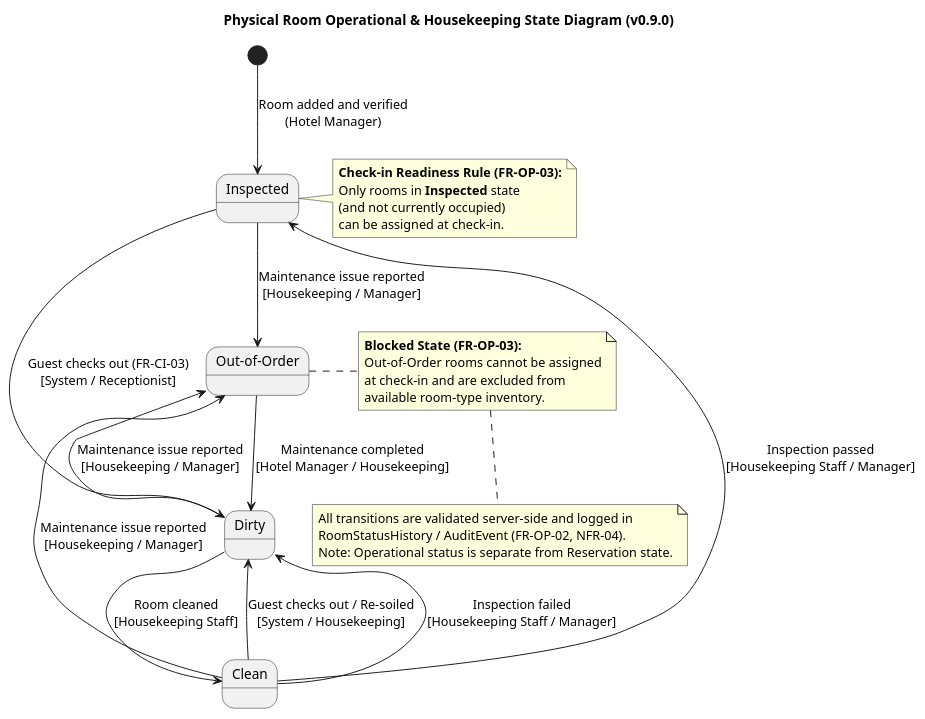
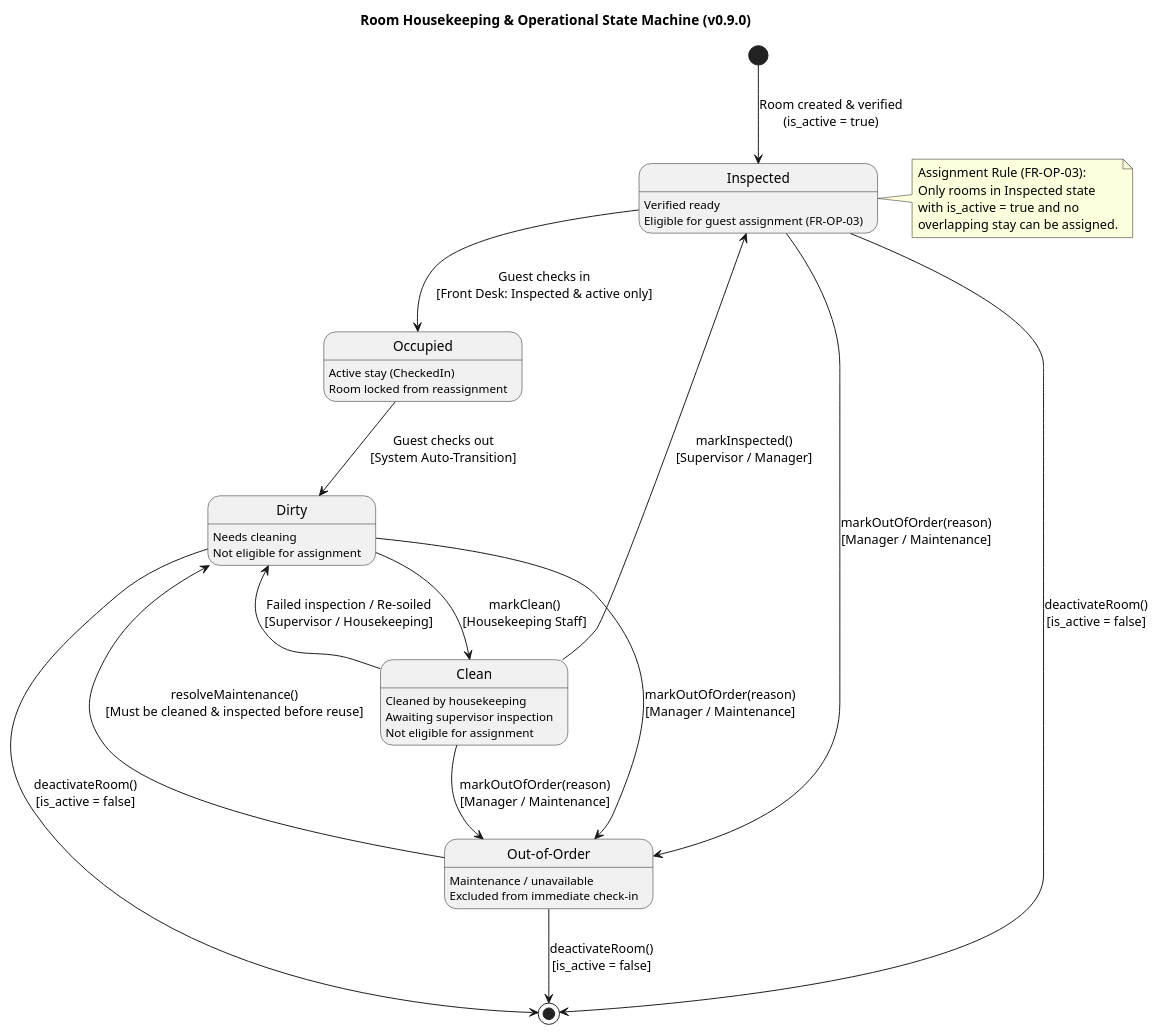
One commit to moh05-a/Hotel-Reservation-System changed the diagram in uml/state_room.puml. Above: the diagram before and after it, drawn with PlantUML.

```diff
--- a/uml/state_room.puml
+++ b/uml/state_room.puml
@@ -1,41 +1,35 @@
 @startuml
-title Physical Room Operational & Housekeeping State Diagram (v0.9.0)
+title Room Housekeeping & Operational State Machine (v0.9.0)
 
-[*] --> Inspected : Room added and verified\n(Hotel Manager)
+[*] --> Inspected : Room created & verified\n(is_active = true)
 
-state "Dirty" as Dirty
-state "Clean" as Clean
-state "Inspected" as Inspected
-state "Out-of-Order" as OOO
+state "Dirty" as Dirty : Needs cleaning\nNot eligible for assignment
+state "Clean" as Clean : Cleaned by housekeeping\nAwaiting supervisor inspection\nNot eligible for assignment
+state "Inspected" as Inspected : Verified ready\nEligible for guest assignment (FR-OP-03)
+state "Occupied" as Occupied : Active stay (CheckedIn)\nRoom locked from reassignment
+state "Out-of-Order" as OOO : Maintenance / unavailable\nExcluded from immediate check-in
 
-Inspected --> Dirty : Guest checks out (FR-CI-03)\n[System / Receptionist]
-Clean --> Dirty : Guest checks out / Re-soiled\n[System / Housekeeping]
-Dirty --> Clean : Room cleaned\n[Housekeeping Staff]
-Clean --> Inspected : Inspection passed\n[Housekeeping Staff / Manager]
-Clean --> Dirty : Inspection failed\n[Housekeeping Staff / Manager]
+Dirty --> Clean : markClean()\n[Housekeeping Staff]
+Clean --> Inspected : markInspected()\n[Supervisor / Manager]
+Clean --> Dirty : Failed inspection / Re-soiled\n[Supervisor / Housekeeping]
 
-Dirty --> OOO : Maintenance issue reported\n[Housekeeping / Manager]
-Clean --> OOO : Maintenance issue reported\n[Housekeeping / Manager]
-Inspected --> OOO : Maintenance issue reported\n[Housekeeping / Manager]
-OOO --> Dirty : Maintenance completed\n[Hotel Manager / Housekeeping]
+Inspected --> Occupied : Guest checks in\n[Front Desk: Inspected & active only]
+Occupied --> Dirty : Guest checks out\n[System Auto-Transition]
+
+Dirty --> OOO : markOutOfOrder(reason)\n[Manager / Maintenance]
+Clean --> OOO : markOutOfOrder(reason)\n[Manager / Maintenance]
+Inspected --> OOO : markOutOfOrder(reason)\n[Manager / Maintenance]
+
+OOO --> Dirty : resolveMaintenance()\n[Must be cleaned & inspected before reuse]
+
+Inspected --> [*] : deactivateRoom()\n[is_active = false]
+Dirty --> [*] : deactivateRoom()\n[is_active = false]
+OOO --> [*] : deactivateRoom()\n[is_active = false]
 
 note right of Inspected
-  **Check-in Readiness Rule (FR-OP-03):**
-  Only rooms in **Inspected** state
-  (and not currently occupied)
-  can be assigned at check-in.
-end note
-
-note right of OOO
-  **Blocked State (FR-OP-03):**
-  Out-of-Order rooms cannot be assigned
-  at check-in and are excluded from
-  available room-type inventory.
-end note
-
-note bottom
-  All transitions are validated server-side and logged in
-  RoomStatusHistory / AuditEvent (FR-OP-02, NFR-04).
-  Note: Operational status is separate from Reservation state.
+  Assignment Rule (FR-OP-03):
+  Only rooms in Inspected state
+  with is_active = true and no
+  overlapping stay can be assigned.
 end note
 @enduml
```
